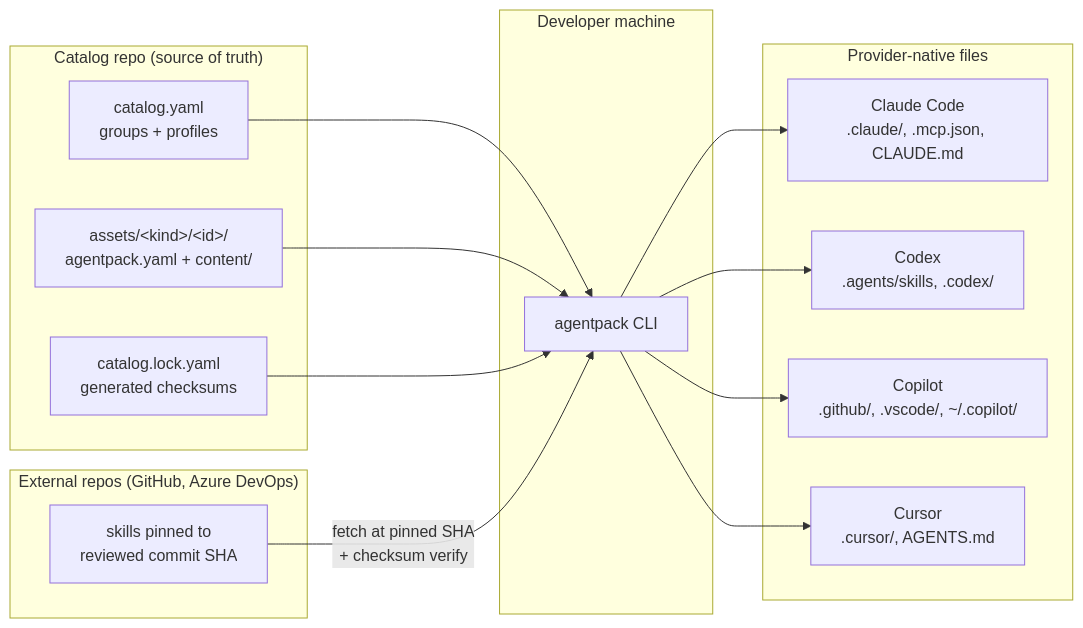
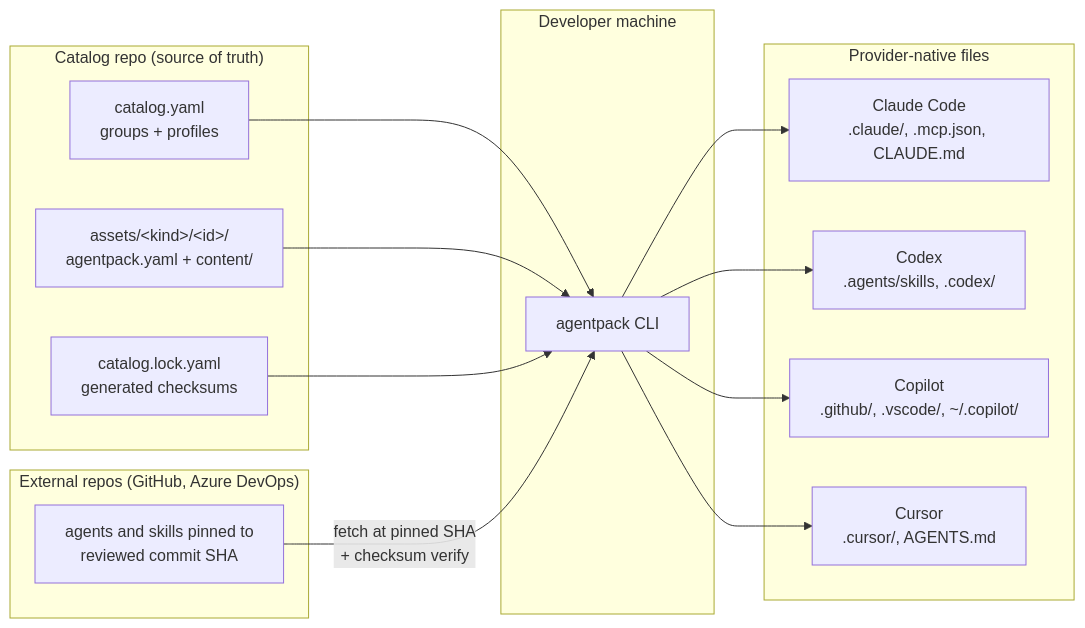
Before and after one commit to svennijhuis/AgentPack: the first of 8 diagrams in docs/how-it-works.md, drawn with Mermaid. The commit also changed other lines of this file and 103 other files, not shown here.

````diff
--- a/docs/how-it-works.md
+++ b/docs/how-it-works.md
@@ -9,29 +9,29 @@
 ```mermaid
 flowchart LR
     subgraph catalog["Catalog repo (source of truth)"]
         CY["catalog.yaml<br/>groups + profiles"]
         AS["assets/&lt;kind&gt;/&lt;id&gt;/<br/>agentpack.yaml + content/"]
         LK["catalog.lock.yaml<br/>generated checksums"]
     end
 
     subgraph ext["External repos (GitHub, Azure DevOps)"]
-        EXT["skills pinned to<br/>reviewed commit SHA"]
+        EXT["agents and skills pinned to<br/>reviewed commit SHA"]
     end
 
     subgraph dev["Developer machine"]
         CLI["agentpack CLI"]
     end
 
     subgraph providers["Provider-native files"]
         CL["Claude Code<br/>.claude/, .mcp.json, CLAUDE.md"]
         CX["Codex<br/>.agents/skills, .codex/"]
         CP["Copilot<br/>.github/, .vscode/, ~/.copilot/"]
         CU["Cursor<br/>.cursor/, AGENTS.md"]
     end
 
     CY --> CLI
     AS --> CLI
     LK --> CLI
     EXT -- "fetch at pinned SHA<br/>+ checksum verify" --> CLI
     CLI --> CL & CX & CP & CU
 ```
````
